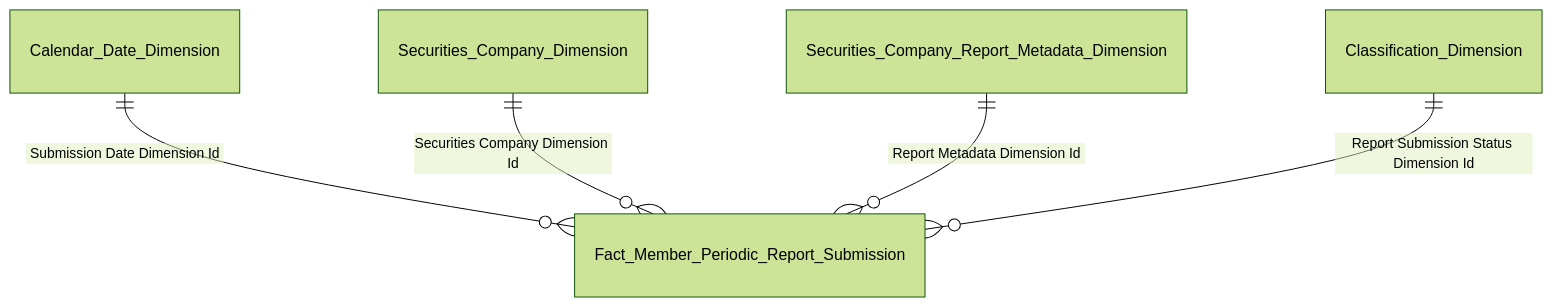
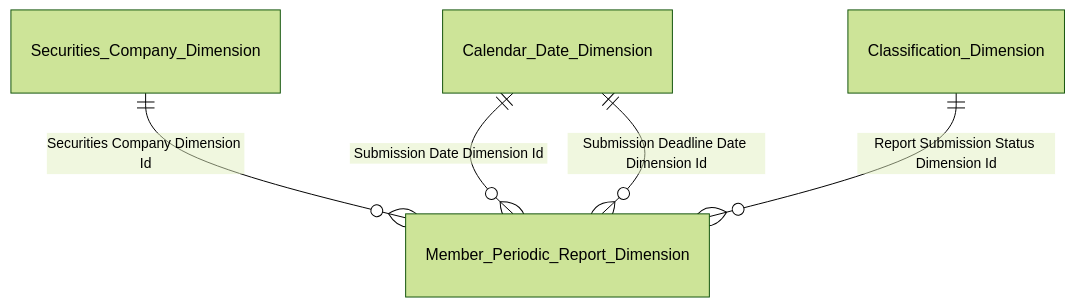
One commit to linhlvit/ubck_atomic_design changed diagram 42 of 44 in Gold/hld/GOLD_QLKD_HLD.md. Above: the diagram before and after it, drawn with Mermaid (forest theme). The commit also changed other lines of this file, not shown here.

````diff
--- a/Gold/hld/GOLD_QLKD_HLD.md
+++ b/Gold/hld/GOLD_QLKD_HLD.md
@@ -1842,7 +1853,7 @@
 ```mermaid
 erDiagram
-    Calendar_Date_Dimension ||--o{ Fact_Member_Periodic_Report_Submission : "Submission Date Dimension Id"
-    Securities_Company_Dimension ||--o{ Fact_Member_Periodic_Report_Submission : "Securities Company Dimension Id"
-    Securities_Company_Report_Metadata_Dimension ||--o{ Fact_Member_Periodic_Report_Submission : "Report Metadata Dimension Id"
-    Classification_Dimension ||--o{ Fact_Member_Periodic_Report_Submission : "Report Submission Status Dimension Id"
+    Securities_Company_Dimension ||--o{ Member_Periodic_Report_Dimension : "Securities Company Dimension Id"
+    Calendar_Date_Dimension ||--o{ Member_Periodic_Report_Dimension : "Submission Date Dimension Id"
+    Calendar_Date_Dimension ||--o{ Member_Periodic_Report_Dimension : "Submission Deadline Date Dimension Id"
+    Classification_Dimension ||--o{ Member_Periodic_Report_Dimension : "Report Submission Status Dimension Id"
 ```
````
